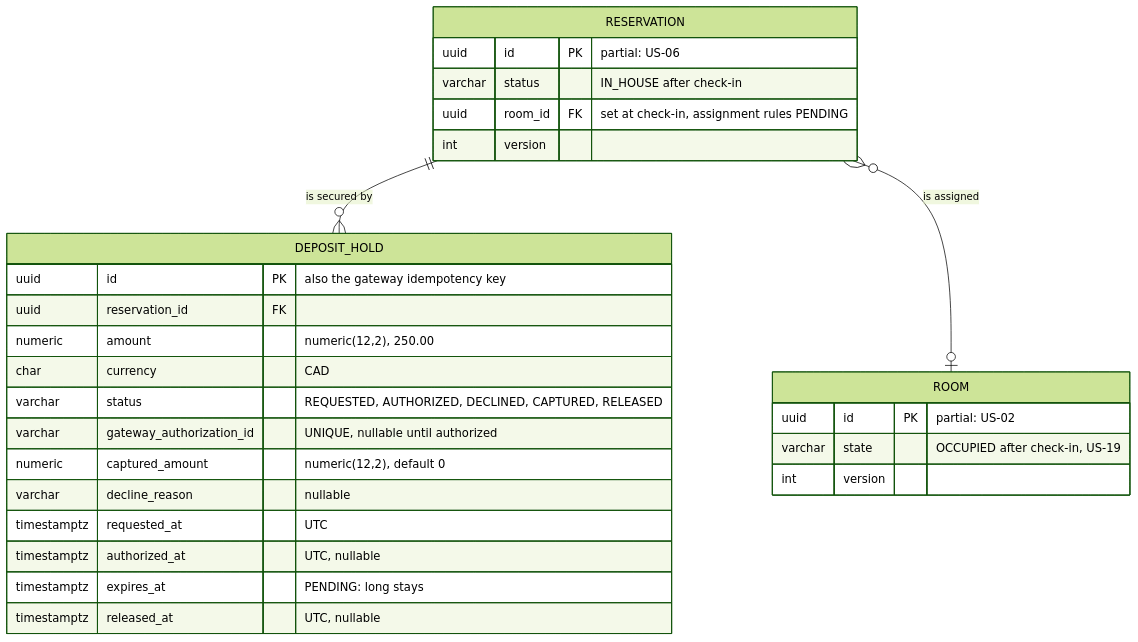
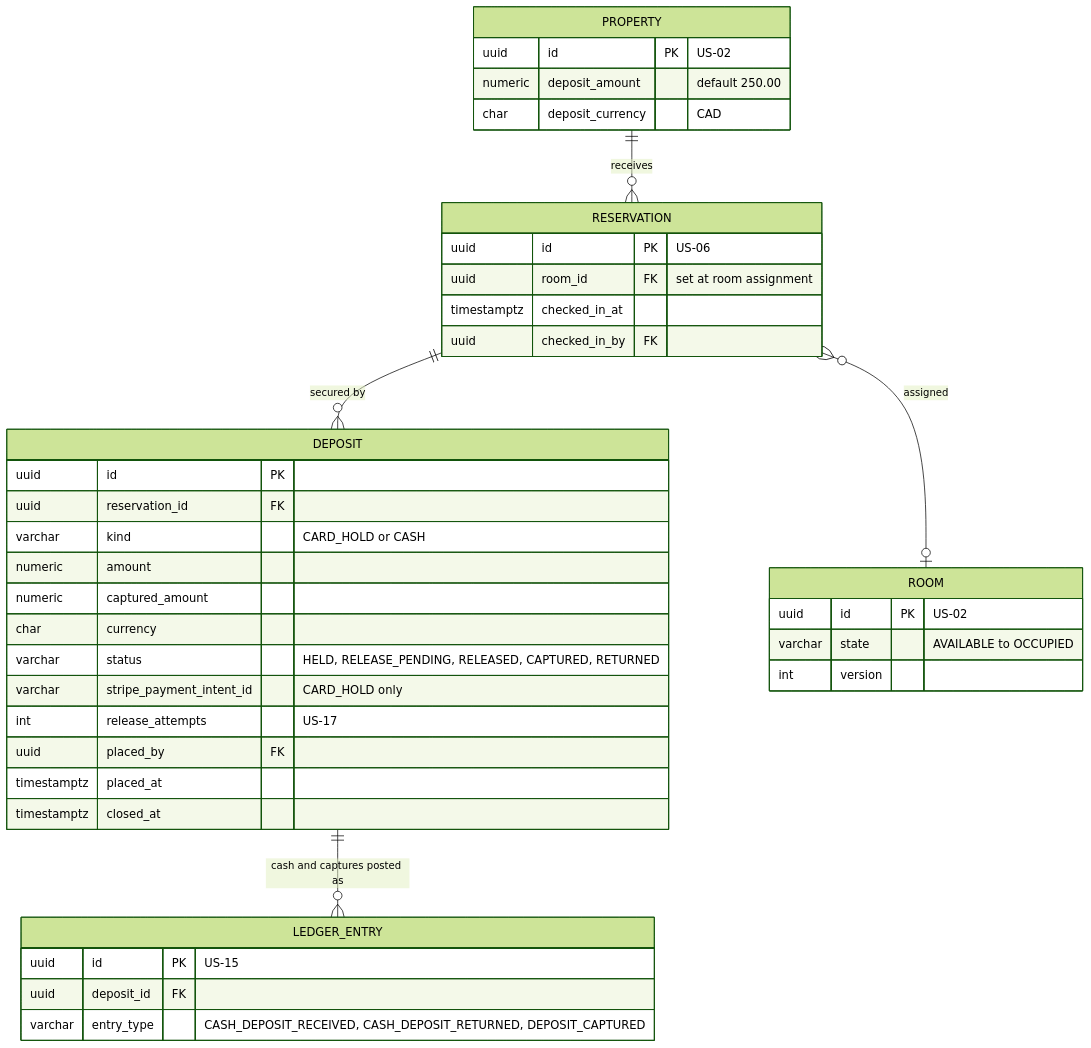
One commit to BraceroInSabot/Motel-Starmie changed the second of 4 diagrams in docs/Initial Requirements/Diagrams/US-13 - Deposit Pre-Authorization Hold.md. Above: the diagram before and after it, drawn with Mermaid (forest theme). The commit also changed other lines of this file and 51 other files, not shown here.

````diff
--- a/docs/Initial Requirements/Diagrams/US-13 - Deposit Pre-Authorization Hold.md
+++ b/docs/Initial Requirements/Diagrams/US-13 - Deposit Pre-Authorization Hold.md
@@ -197,31 +144,43 @@
 ```mermaid
 erDiagram
-    RESERVATION ||--o{ DEPOSIT_HOLD : "is secured by"
-    RESERVATION }o--o| ROOM : "is assigned"
+    PROPERTY ||--o{ RESERVATION : "receives"
+    RESERVATION ||--o{ DEPOSIT : "secured by"
+    RESERVATION }o--o| ROOM : "assigned"
+    DEPOSIT ||--o{ LEDGER_ENTRY : "cash and captures posted as"
 
-    DEPOSIT_HOLD {
-        uuid id PK "also the gateway idempotency key"
+    PROPERTY {
+        uuid id PK "US-02"
+        numeric deposit_amount "default 250.00"
+        char deposit_currency "CAD"
+    }
+    DEPOSIT {
+        uuid id PK
         uuid reservation_id FK
-        numeric amount "numeric(12,2), 250.00"
-        char currency "CAD"
-        varchar status "REQUESTED, AUTHORIZED, DECLINED, CAPTURED, RELEASED"
-        varchar gateway_authorization_id "UNIQUE, nullable until authorized"
-        numeric captured_amount "numeric(12,2), default 0"
-        varchar decline_reason "nullable"
-        timestamptz requested_at "UTC"
-        timestamptz authorized_at "UTC, nullable"
-        timestamptz expires_at "PENDING: long stays"
-        timestamptz released_at "UTC, nullable"
+        varchar kind "CARD_HOLD or CASH"
+        numeric amount
+        numeric captured_amount
+        char currency
+        varchar status "HELD, RELEASE_PENDING, RELEASED, CAPTURED, RETURNED"
+        varchar stripe_payment_intent_id "CARD_HOLD only"
+        int release_attempts "US-17"
+        uuid placed_by FK
+        timestamptz placed_at
+        timestamptz closed_at
     }
     RESERVATION {
-        uuid id PK "partial: US-06"
-        varchar status "IN_HOUSE after check-in"
-        uuid room_id FK "set at check-in, assignment rules PENDING"
+        uuid id PK "US-06"
+        uuid room_id FK "set at room assignment"
+        timestamptz checked_in_at
+        uuid checked_in_by FK
+    }
+    ROOM {
+        uuid id PK "US-02"
+        varchar state "AVAILABLE to OCCUPIED"
         int version
     }
-    ROOM {
-        uuid id PK "partial: US-02"
-        varchar state "OCCUPIED after check-in, US-19"
-        int version
+    LEDGER_ENTRY {
+        uuid id PK "US-15"
+        uuid deposit_id FK
+        varchar entry_type "CASH_DEPOSIT_RECEIVED, CASH_DEPOSIT_RETURNED, DEPOSIT_CAPTURED"
     }
 ```
````
